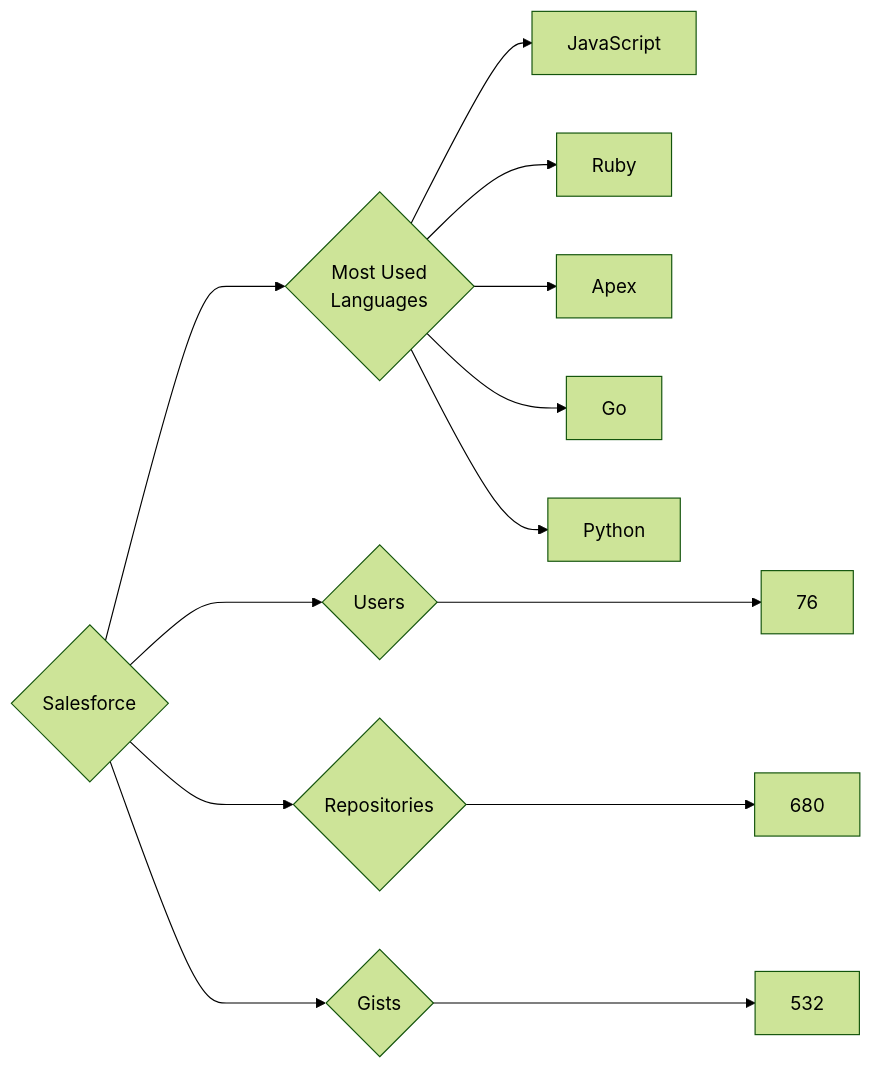
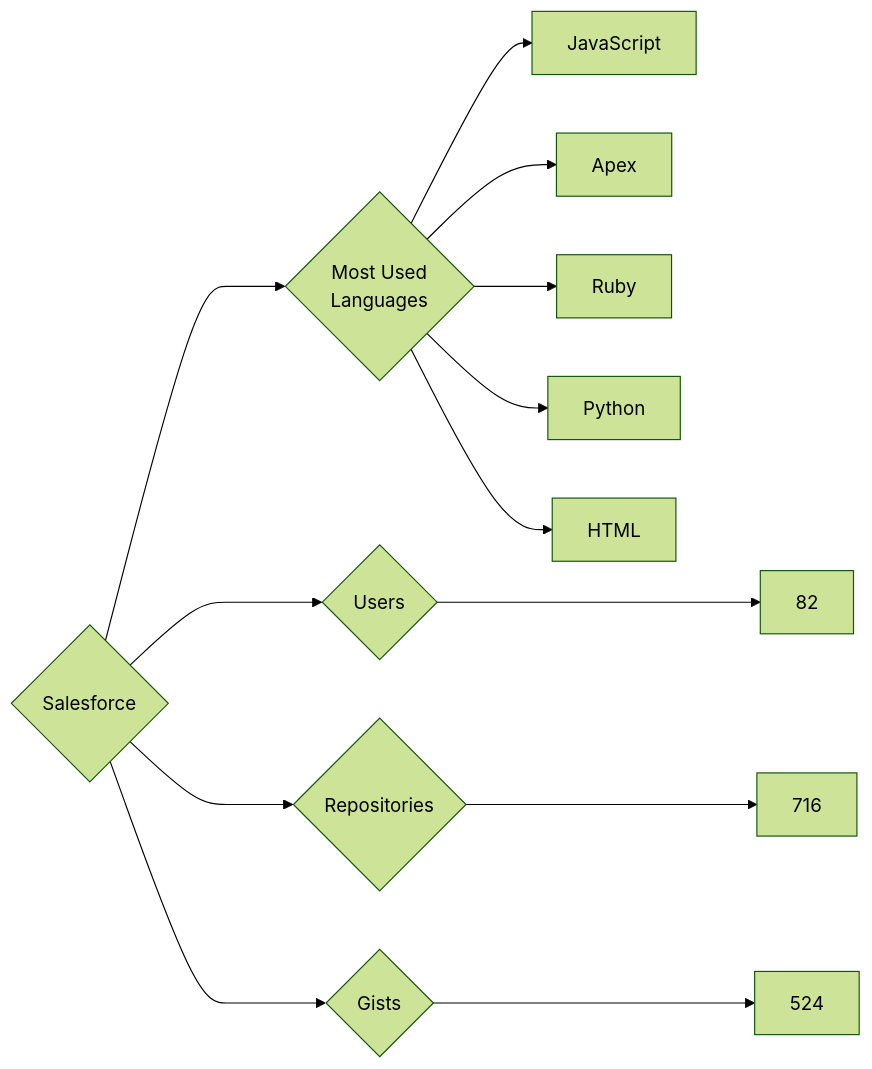
The diagram in targets/Salesforce/README.md (trickest/insiders), drawn with Mermaid (forest theme) before and after one commit. The commit also changed 972 other files, not shown here.

````diff
--- a/targets/Salesforce/README.md
+++ b/targets/Salesforce/README.md
@@ -3,13 +3,13 @@
 ```mermaid
 graph LR
 COMPANY_NAME{Salesforce}
-COMPANY_NAME ---> U{Users} ---> UN[76]
-COMPANY_NAME ---> R{Repositories} ---> RN[680]
-COMPANY_NAME ---> G{Gists} ---> GN[532]
+COMPANY_NAME ---> U{Users} ---> UN[82]
+COMPANY_NAME ---> R{Repositories} ---> RN[716]
+COMPANY_NAME ---> G{Gists} ---> GN[524]
 COMPANY_NAME ---> ML{Most Used<br>Languages}
 ML --> JavaScript[JavaScript]
+ML --> Apex[Apex]
 ML --> Ruby[Ruby]
-ML --> Apex[Apex]
-ML --> Go[Go]
 ML --> Python[Python]
+ML --> HTML[HTML]
 ```
````
